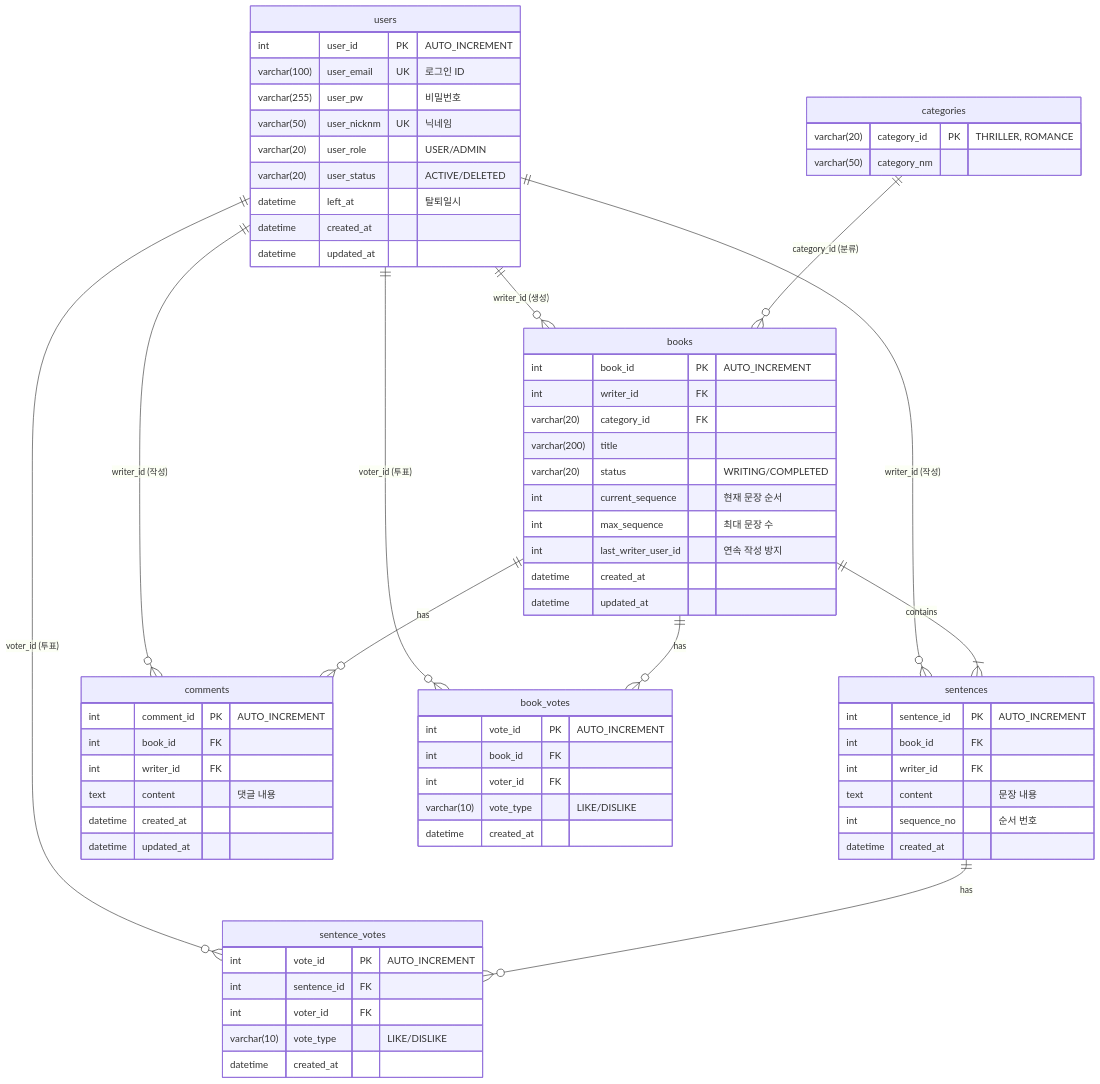
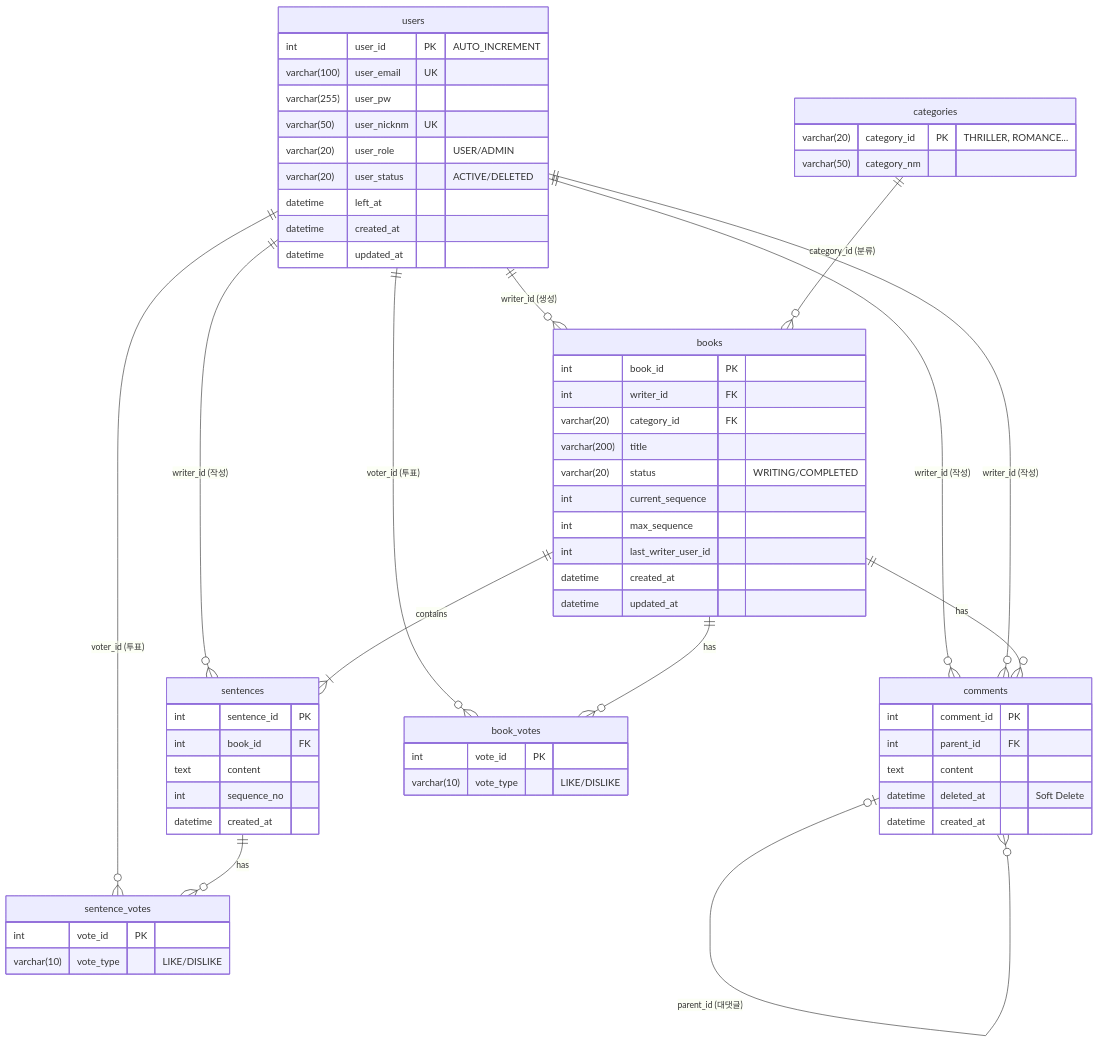
The diagram in README.md (choihyeonji00/be22-2nd-team2-project), drawn with Mermaid before and after one commit. The commit also changed other lines of this file and 46 other files, not shown here.

````diff
--- a/README.md
+++ b/README.md
@@ -254,79 +176,73 @@
 ```mermaid
 erDiagram
     users ||--o{ books : "writer_id (생성)"
     users ||--o{ sentences : "writer_id (작성)"
+    users ||--o{ comments : "writer_id (작성)"
     users ||--o{ comments : "writer_id (작성)"
     users ||--o{ book_votes : "voter_id (투표)"
     users ||--o{ sentence_votes : "voter_id (투표)"
 
     categories ||--o{ books : "category_id (분류)"
 
     books ||--|{ sentences : contains
     books ||--o{ comments : has
     books ||--o{ book_votes : has
     sentences ||--o{ sentence_votes : has
+    comments |o--o{ comments : "parent_id (대댓글)"
 
     users {
         int user_id PK "AUTO_INCREMENT"
-        varchar(100) user_email UK "로그인 ID"
-        varchar(255) user_pw "비밀번호"
-        varchar(50) user_nicknm UK "닉네임"
+        varchar(100) user_email UK
+        varchar(255) user_pw
+        varchar(50) user_nicknm UK
         varchar(20) user_role "USER/ADMIN"
         varchar(20) user_status "ACTIVE/DELETED"
-        datetime left_at "탈퇴일시"
+        datetime left_at
         datetime created_at
         datetime updated_at
     }
     
     categories {
-        varchar(20) category_id PK "THRILLER, ROMANCE"
+        varchar(20) category_id PK "THRILLER, ROMANCE..."
         varchar(50) category_nm
     }
     
     books {
-        int book_id PK "AUTO_INCREMENT"
+        int book_id PK
         int writer_id FK
         varchar(20) category_id FK
         varchar(200) title
         varchar(20) status "WRITING/COMPLETED"
-        int current_sequence "현재 문장 순서"
-        int max_sequence "최대 문장 수"
-        int last_writer_user_id "연속 작성 방지"
+        int current_sequence
+        int max_sequence
+        int last_writer_user_id
         datetime created_at
         datetime updated_at
     }
 
     sentences {
-        int sentence_id PK "AUTO_INCREMENT"
+        int sentence_id PK
         int book_id FK
-        int writer_id FK
-        text content "문장 내용"
-        int sequence_no "순서 번호"
+        text content
+        int sequence_no
         datetime created_at
     }
     
     comments {
-        int comment_id PK "AUTO_INCREMENT"
-        int book_id FK
-        int writer_id FK
-        text content "댓글 내용"
+        int comment_id PK
+        int parent_id FK
+        text content
+        datetime deleted_at "Soft Delete"
         datetime created_at
-        datetime updated_at
     }
     
     book_votes {
-        int vote_id PK "AUTO_INCREMENT"
-        int book_id FK
-        int voter_id FK
+        int vote_id PK
         varchar(10) vote_type "LIKE/DISLIKE"
-        datetime created_at
     }
 
     sentence_votes {
-        int vote_id PK "AUTO_INCREMENT"
-        int sentence_id FK
-        int voter_id FK
+        int vote_id PK
         varchar(10) vote_type "LIKE/DISLIKE"
-        datetime created_at
     }
 ```
````
